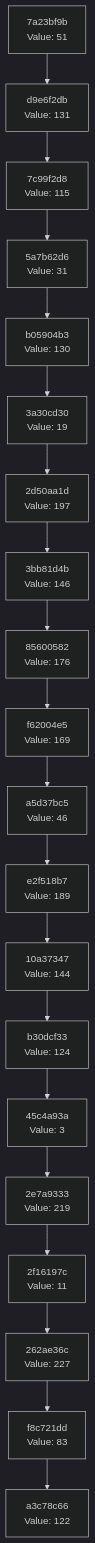
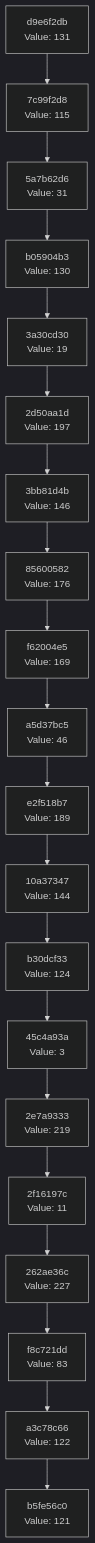
Before and after one commit to Abhisheksinha1506/hash-chain-evolver: the diagram in docs/CHAIN_VISUALIZATION.md, drawn with Mermaid (dark theme). The commit also changed 2 other files, not shown here.

Commit message:
Evolution step: hash 0x79 → action executed

````diff
--- a/docs/CHAIN_VISUALIZATION.md
+++ b/docs/CHAIN_VISUALIZATION.md
@@ -3,42 +3,42 @@
 ```mermaid
 graph TD
-    C0["a3c78c66<br/>Value: 122"]
-    C1["f8c721dd<br/>Value: 83"]
+    C0["b5fe56c0<br/>Value: 121"]
+    C1["a3c78c66<br/>Value: 122"]
     C1 --> C0
-    C2["262ae36c<br/>Value: 227"]
+    C2["f8c721dd<br/>Value: 83"]
     C2 --> C1
-    C3["2f16197c<br/>Value: 11"]
+    C3["262ae36c<br/>Value: 227"]
     C3 --> C2
-    C4["2e7a9333<br/>Value: 219"]
+    C4["2f16197c<br/>Value: 11"]
     C4 --> C3
-    C5["45c4a93a<br/>Value: 3"]
+    C5["2e7a9333<br/>Value: 219"]
     C5 --> C4
-    C6["b30dcf33<br/>Value: 124"]
+    C6["45c4a93a<br/>Value: 3"]
     C6 --> C5
-    C7["10a37347<br/>Value: 144"]
+    C7["b30dcf33<br/>Value: 124"]
     C7 --> C6
-    C8["e2f518b7<br/>Value: 189"]
+    C8["10a37347<br/>Value: 144"]
     C8 --> C7
-    C9["a5d37bc5<br/>Value: 46"]
+    C9["e2f518b7<br/>Value: 189"]
     C9 --> C8
-    C10["f62004e5<br/>Value: 169"]
+    C10["a5d37bc5<br/>Value: 46"]
     C10 --> C9
-    C11["85600582<br/>Value: 176"]
+    C11["f62004e5<br/>Value: 169"]
     C11 --> C10
-    C12["3bb81d4b<br/>Value: 146"]
+    C12["85600582<br/>Value: 176"]
     C12 --> C11
-    C13["2d50aa1d<br/>Value: 197"]
+    C13["3bb81d4b<br/>Value: 146"]
     C13 --> C12
-    C14["3a30cd30<br/>Value: 19"]
+    C14["2d50aa1d<br/>Value: 197"]
     C14 --> C13
-    C15["b05904b3<br/>Value: 130"]
+    C15["3a30cd30<br/>Value: 19"]
     C15 --> C14
-    C16["5a7b62d6<br/>Value: 31"]
+    C16["b05904b3<br/>Value: 130"]
     C16 --> C15
-    C17["7c99f2d8<br/>Value: 115"]
+    C17["5a7b62d6<br/>Value: 31"]
     C17 --> C16
-    C18["d9e6f2db<br/>Value: 131"]
+    C18["7c99f2d8<br/>Value: 115"]
     C18 --> C17
-    C19["7a23bf9b<br/>Value: 51"]
+    C19["d9e6f2db<br/>Value: 131"]
     C19 --> C18
 ```
````
